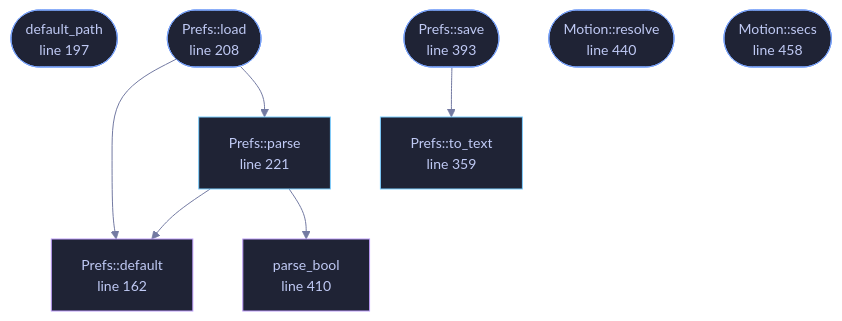
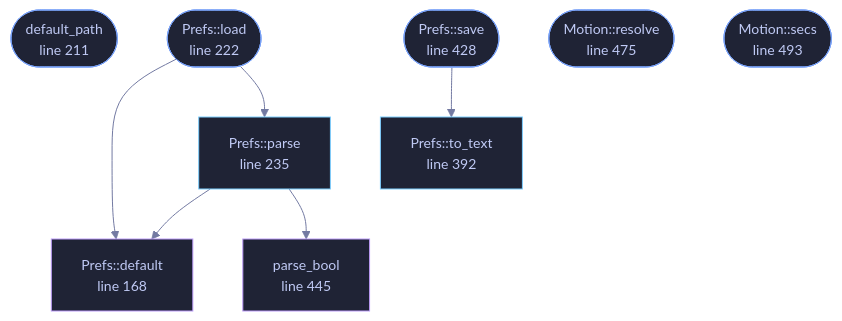
The diagram in wiki/File-veilvoice-gui-prefs.md (tilas01/veilvoice), drawn with Mermaid before and after one commit. The commit also changed other lines of this file and 137 other files, not shown here.

````diff
--- a/wiki/File-veilvoice-gui-prefs.md
+++ b/wiki/File-veilvoice-gui-prefs.md
@@ -94,33 +94,33 @@
 ```mermaid
 %%{init: {"theme":"base","themeVariables":{"background":"#1a1b26","primaryColor":"#1f2335","primaryTextColor":"#c0caf5","primaryBorderColor":"#7aa2f7","secondaryColor":"#16161e","tertiaryColor":"#16161e","lineColor":"#737aa2","textColor":"#c0caf5","mainBkg":"#1f2335","nodeBorder":"#7aa2f7","clusterBkg":"#16161e","clusterBorder":"#2f3549","fontFamily":"ui-monospace, SFMono-Regular, Consolas, monospace","fontSize":"14px"}}}%%
 flowchart TD
-    n_default["Prefs::default<br/>line 162"]
-    n_default_path(["default_path<br/>line 197"])
-    n_load(["Prefs::load<br/>line 208"])
-    n_parse["Prefs::parse<br/>line 221"]
-    n_to_text["Prefs::to_text<br/>line 359"]
-    n_save(["Prefs::save<br/>line 393"])
-    n_parse_bool["parse_bool<br/>line 410"]
-    n_resolve(["Motion::resolve<br/>line 440"])
-    n_secs(["Motion::secs<br/>line 458"])
+    n_default["Prefs::default<br/>line 168"]
+    n_default_path(["default_path<br/>line 211"])
+    n_load(["Prefs::load<br/>line 222"])
+    n_parse["Prefs::parse<br/>line 235"]
+    n_to_text["Prefs::to_text<br/>line 392"]
+    n_save(["Prefs::save<br/>line 428"])
+    n_parse_bool["parse_bool<br/>line 445"]
+    n_resolve(["Motion::resolve<br/>line 475"])
+    n_secs(["Motion::secs<br/>line 493"])
     n_load --> n_default
     n_load --> n_parse
     n_parse --> n_default
     n_parse --> n_parse_bool
     n_save --> n_to_text
-    click n_default href "https://github.com/tilas01/veilvoice/blob/main/crates/veilvoice-gui/src/prefs.rs#L162" "open the source"
-    click n_default_path href "https://github.com/tilas01/veilvoice/blob/main/crates/veilvoice-gui/src/prefs.rs#L197" "open the source"
-    click n_load href "https://github.com/tilas01/veilvoice/blob/main/crates/veilvoice-gui/src/prefs.rs#L208" "open the source"
-    click n_parse href "https://github.com/tilas01/veilvoice/blob/main/crates/veilvoice-gui/src/prefs.rs#L221" "open the source"
-    click n_to_text href "https://github.com/tilas01/veilvoice/blob/main/crates/veilvoice-gui/src/prefs.rs#L359" "open the source"
-    click n_save href "https://github.com/tilas01/veilvoice/blob/main/crates/veilvoice-gui/src/prefs.rs#L393" "open the source"
-    click n_parse_bool href "https://github.com/tilas01/veilvoice/blob/main/crates/veilvoice-gui/src/prefs.rs#L410" "open the source"
-    click n_resolve href "https://github.com/tilas01/veilvoice/blob/main/crates/veilvoice-gui/src/prefs.rs#L440" "open the source"
-    click n_secs href "https://github.com/tilas01/veilvoice/blob/main/crates/veilvoice-gui/src/prefs.rs#L458" "open the source"
+    click n_default href "https://github.com/tilas01/veilvoice/blob/main/crates/veilvoice-gui/src/prefs.rs#L168" "open the source"
+    click n_default_path href "https://github.com/tilas01/veilvoice/blob/main/crates/veilvoice-gui/src/prefs.rs#L211" "open the source"
+    click n_load href "https://github.com/tilas01/veilvoice/blob/main/crates/veilvoice-gui/src/prefs.rs#L222" "open the source"
+    click n_parse href "https://github.com/tilas01/veilvoice/blob/main/crates/veilvoice-gui/src/prefs.rs#L235" "open the source"
+    click n_to_text href "https://github.com/tilas01/veilvoice/blob/main/crates/veilvoice-gui/src/prefs.rs#L392" "open the source"
+    click n_save href "https://github.com/tilas01/veilvoice/blob/main/crates/veilvoice-gui/src/prefs.rs#L428" "open the source"
+    click n_parse_bool href "https://github.com/tilas01/veilvoice/blob/main/crates/veilvoice-gui/src/prefs.rs#L445" "open the source"
+    click n_resolve href "https://github.com/tilas01/veilvoice/blob/main/crates/veilvoice-gui/src/prefs.rs#L475" "open the source"
+    click n_secs href "https://github.com/tilas01/veilvoice/blob/main/crates/veilvoice-gui/src/prefs.rs#L493" "open the source"
     classDef entry fill:#1f2335,stroke:#7aa2f7,color:#c0caf5
     class n_default_path,n_load,n_save,n_resolve,n_secs entry
     classDef api fill:#1f2335,stroke:#7dcfff,color:#c0caf5
     class n_parse,n_to_text api
     classDef helper fill:#1f2335,stroke:#bb9af7,color:#c0caf5
     class n_default,n_parse_bool helper
 ```
````
